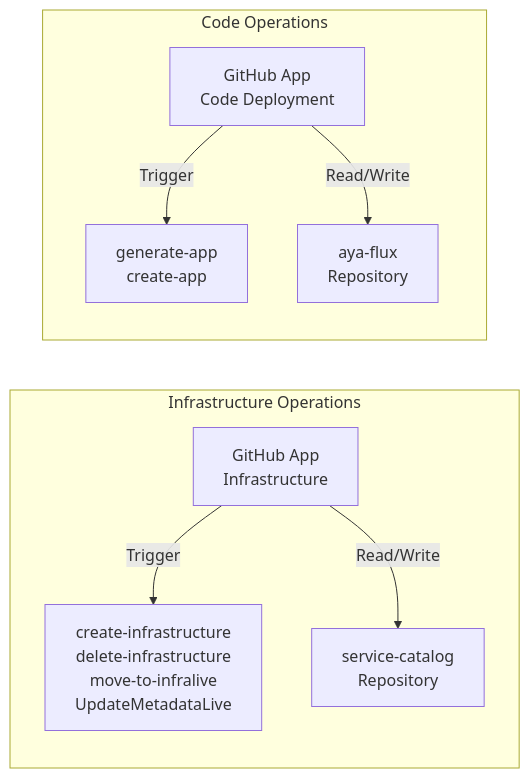
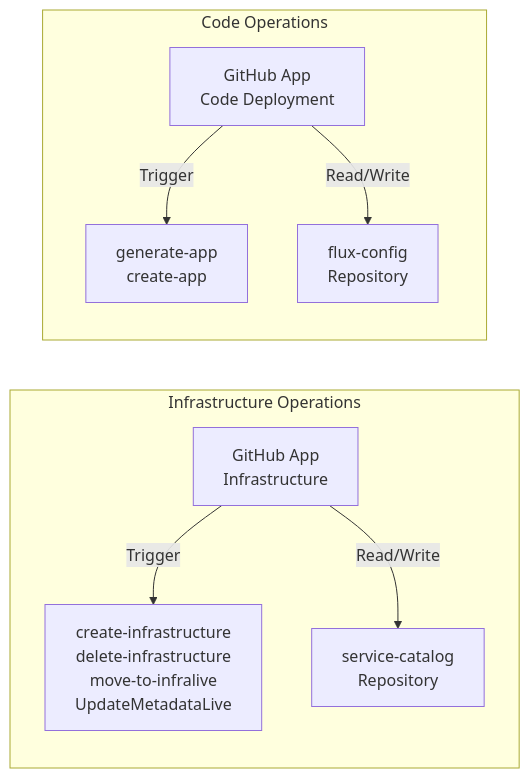
The eighth of 17 diagrams in docs/Architecture-Diagrams.md (sushilti80/infra-devex), drawn with Mermaid before and after one commit. The commit also changed other lines of this file and 225 other files, not shown here.

````diff
--- a/docs/Architecture-Diagrams.md
+++ b/docs/Architecture-Diagrams.md
@@ -303,19 +303,19 @@
 ```mermaid
 graph LR
     subgraph "Infrastructure Operations"
         InfraApp[GitHub App<br/>Infrastructure]
         ServiceRepo[service-catalog<br/>Repository]
         InfraWorkflows[create-infrastructure<br/>delete-infrastructure<br/>move-to-infralive<br/>UpdateMetadataLive]
     end
     
     subgraph "Code Operations"
         CodeApp[GitHub App<br/>Code Deployment]
-        FluxRepo[aya-flux<br/>Repository]
+        FluxRepo[flux-config<br/>Repository]
         CodeWorkflows[generate-app<br/>create-app]
     end
     
     InfraApp -->|Trigger| InfraWorkflows
     InfraApp -->|Read/Write| ServiceRepo
     CodeApp -->|Trigger| CodeWorkflows
     CodeApp -->|Read/Write| FluxRepo
 ```
````
